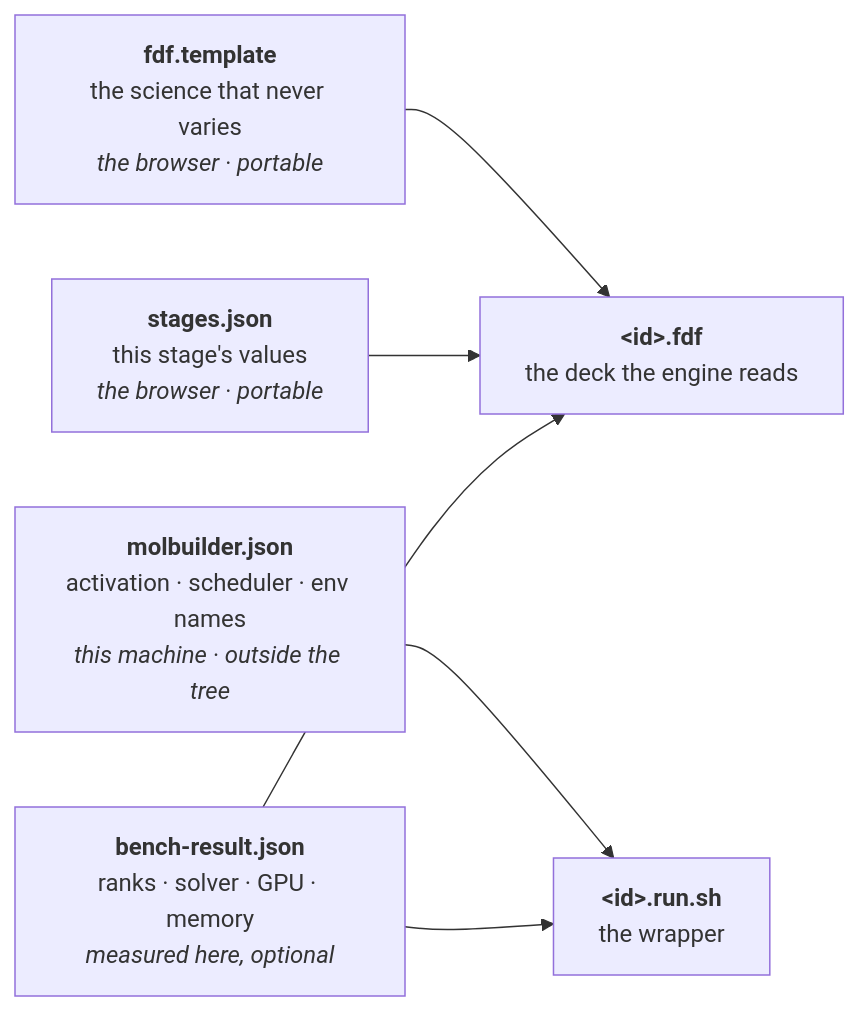
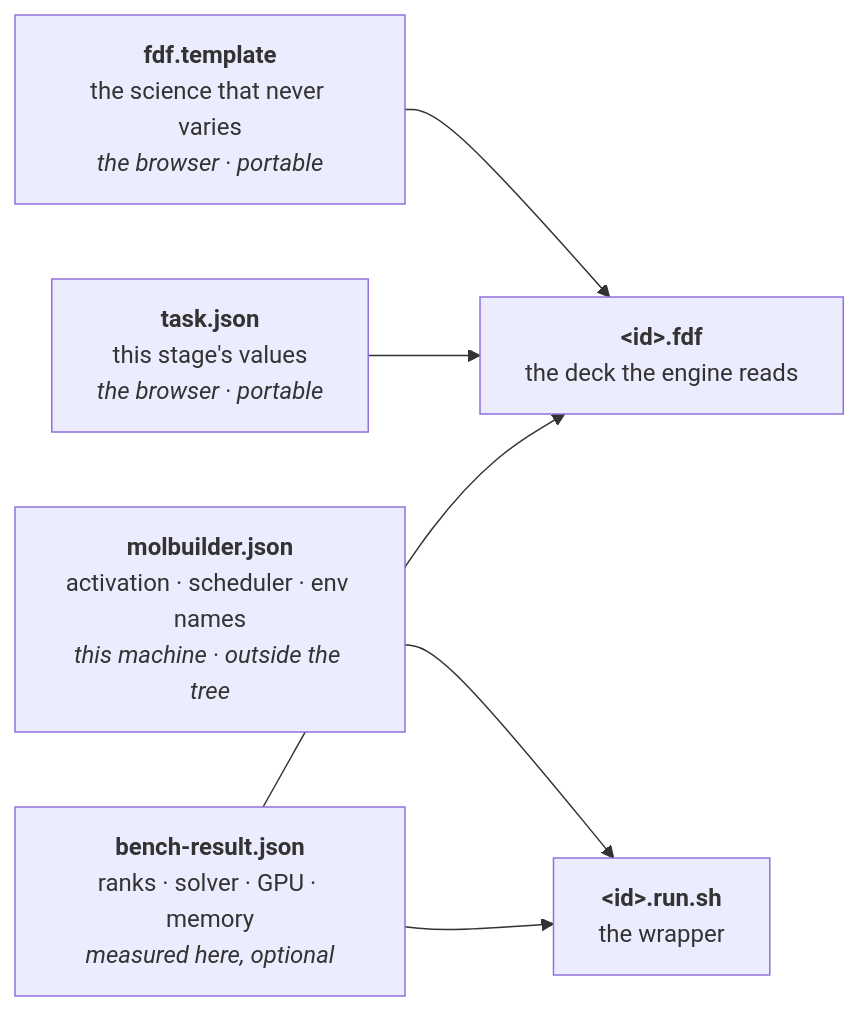
Before and after one commit to Qing-LAB/molbuilder: the fourth of 9 diagrams in docs/execution/project-layout.md, drawn with Mermaid. The commit also changed other lines of this file and 12 other files, not shown here.

````diff
--- a/docs/execution/project-layout.md
+++ b/docs/execution/project-layout.md
@@ -460,14 +460,14 @@
 ```mermaid
 flowchart LR
     T["<b>fdf.template</b><br/>the science that never varies<br/><i>the browser · portable</i>"]
-    S["<b>stages.json</b><br/>this stage's values<br/><i>the browser · portable</i>"]
+    S["<b>task.json</b><br/>this stage's values<br/><i>the browser · portable</i>"]
     M["<b>molbuilder.json</b><br/>activation · scheduler · env names<br/><i>this machine · outside the tree</i>"]
     B["<b>bench-result.json</b><br/>ranks · solver · GPU · memory<br/><i>measured here, optional</i>"]
     D["<b>&lt;id&gt;.fdf</b><br/>the deck the engine reads"]
     W["<b>&lt;id&gt;.run.sh</b><br/>the wrapper"]
     T --> D
     S --> D
     M --> W
     B --> D
     B --> W
 ```
````
